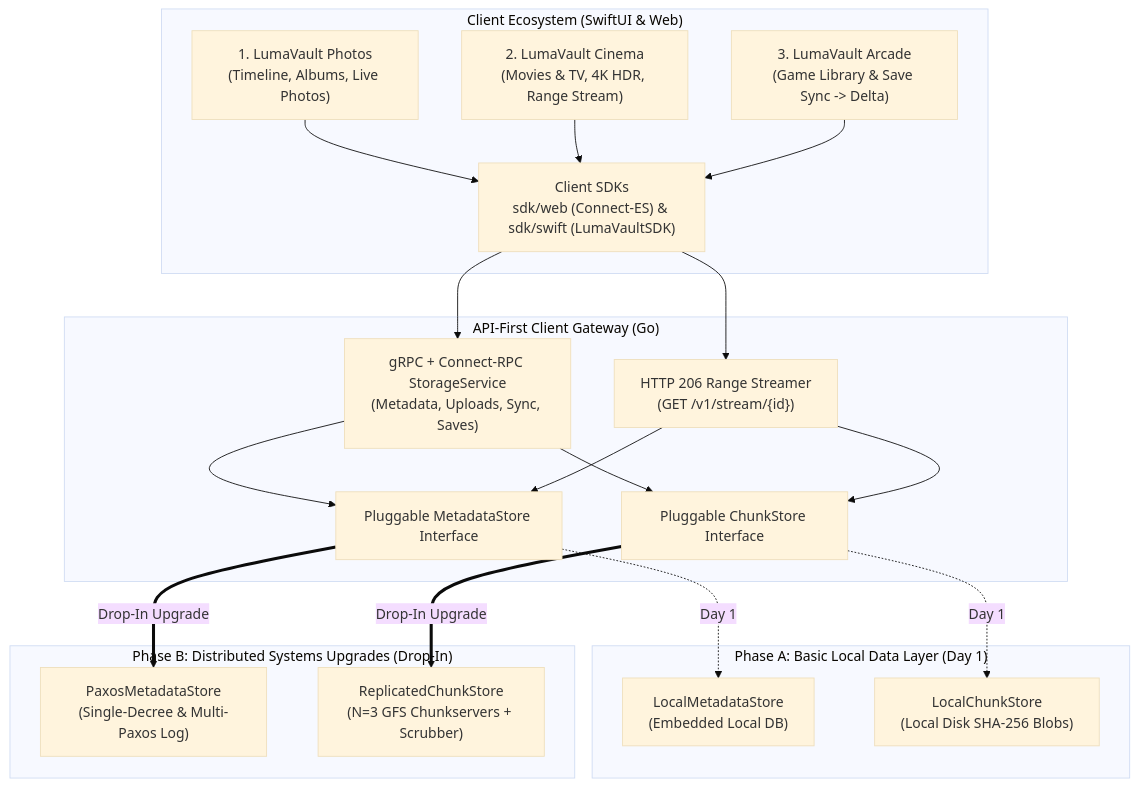
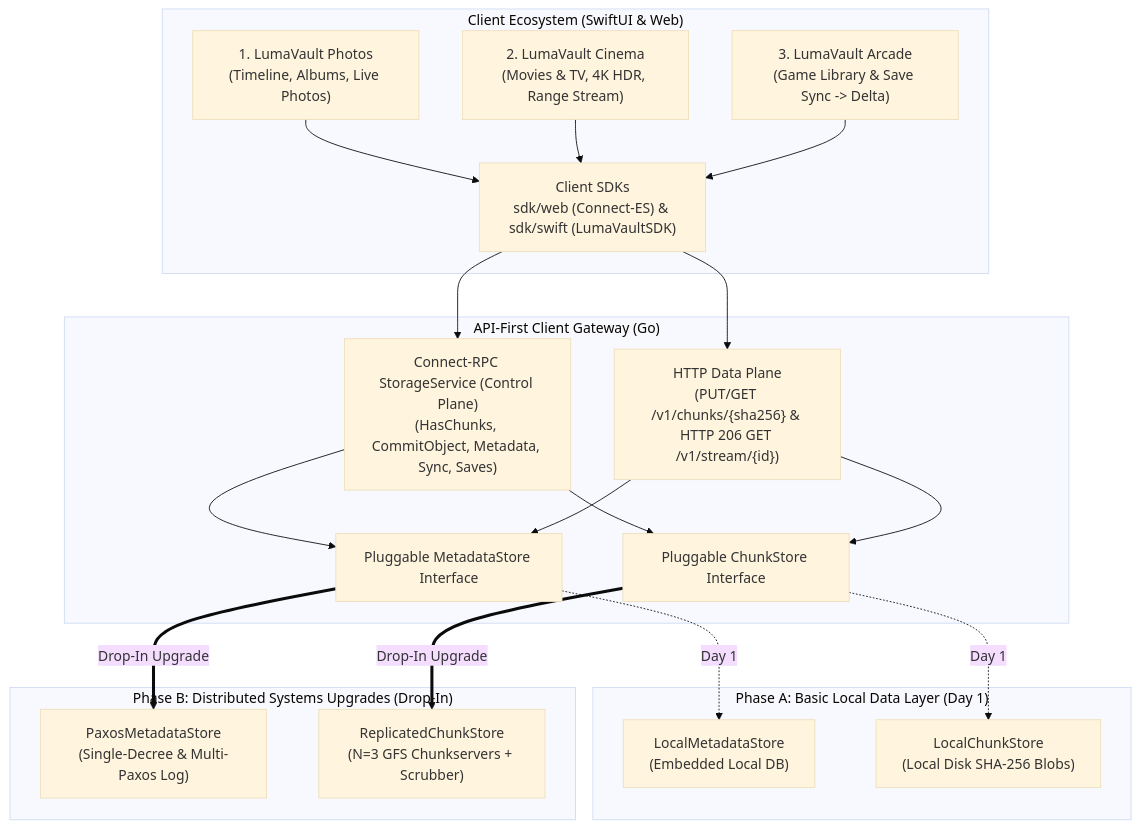
The diagram in docs/BLUEPRINT.md (AgrawalVi/lumavault), drawn with Mermaid (base theme) before and after one commit. The commit also changed other lines of this file and 1 other file, not shown here.

Commit message:
docs: refine M1 contracts, HTTP data plane, and Linear artifact review rules

````diff
--- a/docs/BLUEPRINT.md
+++ b/docs/BLUEPRINT.md
@@ -19,43 +19,43 @@
 ```mermaid
 flowchart TD
     subgraph Clients["Client Ecosystem (SwiftUI & Web)"]
         Photos["1. LumaVault Photos<br/>(Timeline, Albums, Live Photos)"]
         Cinema["2. LumaVault Cinema<br/>(Movies & TV, 4K HDR, Range Stream)"]
         Arcade["3. LumaVault Arcade<br/>(Game Library & Save Sync -> Delta)"]
         SDKs["Client SDKs<br/>sdk/web (Connect-ES) & sdk/swift (LumaVaultSDK)"]
     end
 
     subgraph Gateway["API-First Client Gateway (Go)"]
-        RPC_API["gRPC + Connect-RPC StorageService<br/>(Metadata, Uploads, Sync, Saves)"]
-        HTTP_Stream["HTTP 206 Range Streamer<br/>(GET /v1/stream/{id})"]
+        RPC_API["Connect-RPC StorageService (Control Plane)<br/>(HasChunks, CommitObject, Metadata, Sync, Saves)"]
+        HTTP_Stream["HTTP Data Plane<br/>(PUT/GET /v1/chunks/{sha256} & HTTP 206 GET /v1/stream/{id})"]
         MetaIface["Pluggable MetadataStore Interface"]
         ChunkIface["Pluggable ChunkStore Interface"]
     end
 
     subgraph BasicLayer["Phase A: Basic Local Data Layer (Day 1)"]
         LocalMeta["LocalMetadataStore<br/>(Embedded Local DB)"]
         LocalChunk["LocalChunkStore<br/>(Local Disk SHA-256 Blobs)"]
     end
 
     subgraph DistLayer["Phase B: Distributed Systems Upgrades (Drop-In)"]
         Paxos["PaxosMetadataStore<br/>(Single-Decree & Multi-Paxos Log)"]
         ChunkCluster["ReplicatedChunkStore<br/>(N=3 GFS Chunkservers + Scrubber)"]
     end
 
     Photos --> SDKs
     Cinema --> SDKs
     Arcade --> SDKs
     SDKs --> RPC_API
     SDKs --> HTTP_Stream
 
     RPC_API --> MetaIface
     RPC_API --> ChunkIface
     HTTP_Stream --> MetaIface
     HTTP_Stream --> ChunkIface
 
     MetaIface -.->|"Day 1"| LocalMeta
     ChunkIface -.->|"Day 1"| LocalChunk
 
     MetaIface ==>|"Drop-In Upgrade"| Paxos
     ChunkIface ==>|"Drop-In Upgrade"| ChunkCluster
 ```
````
